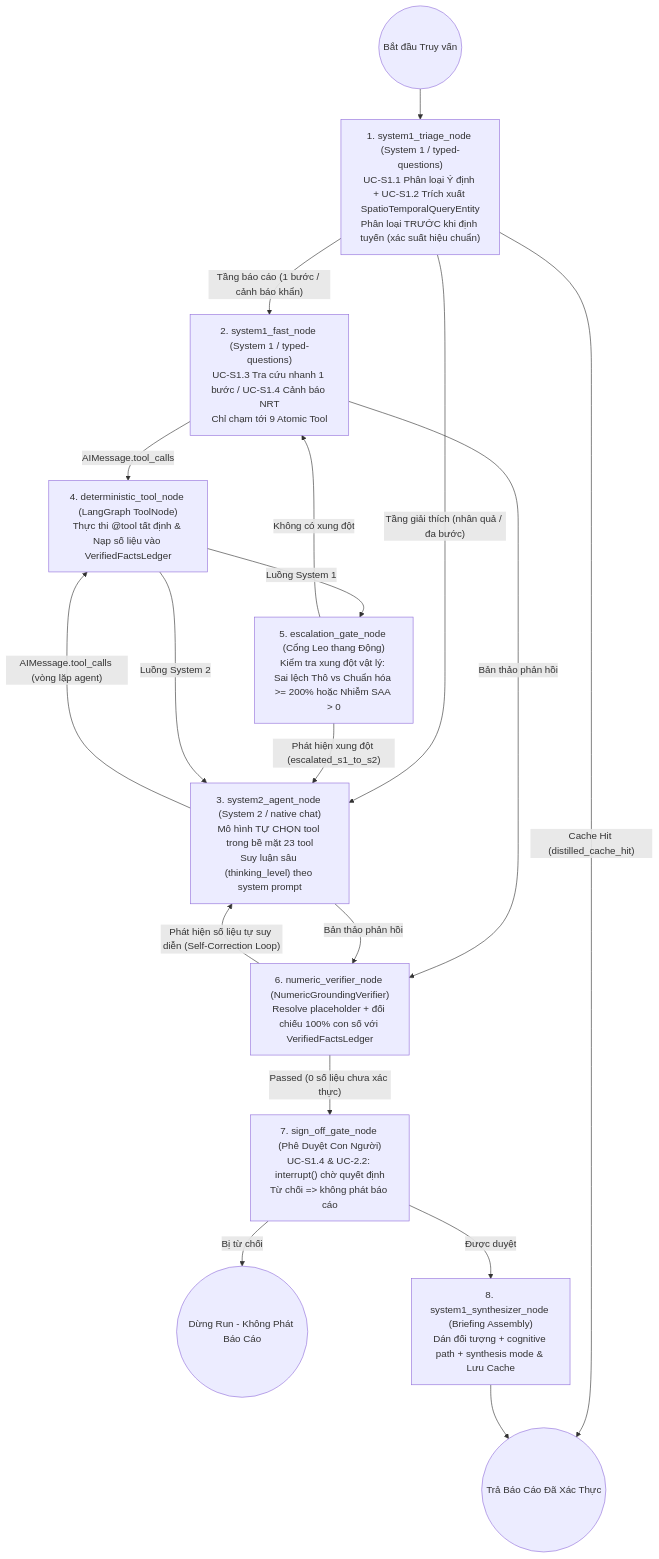
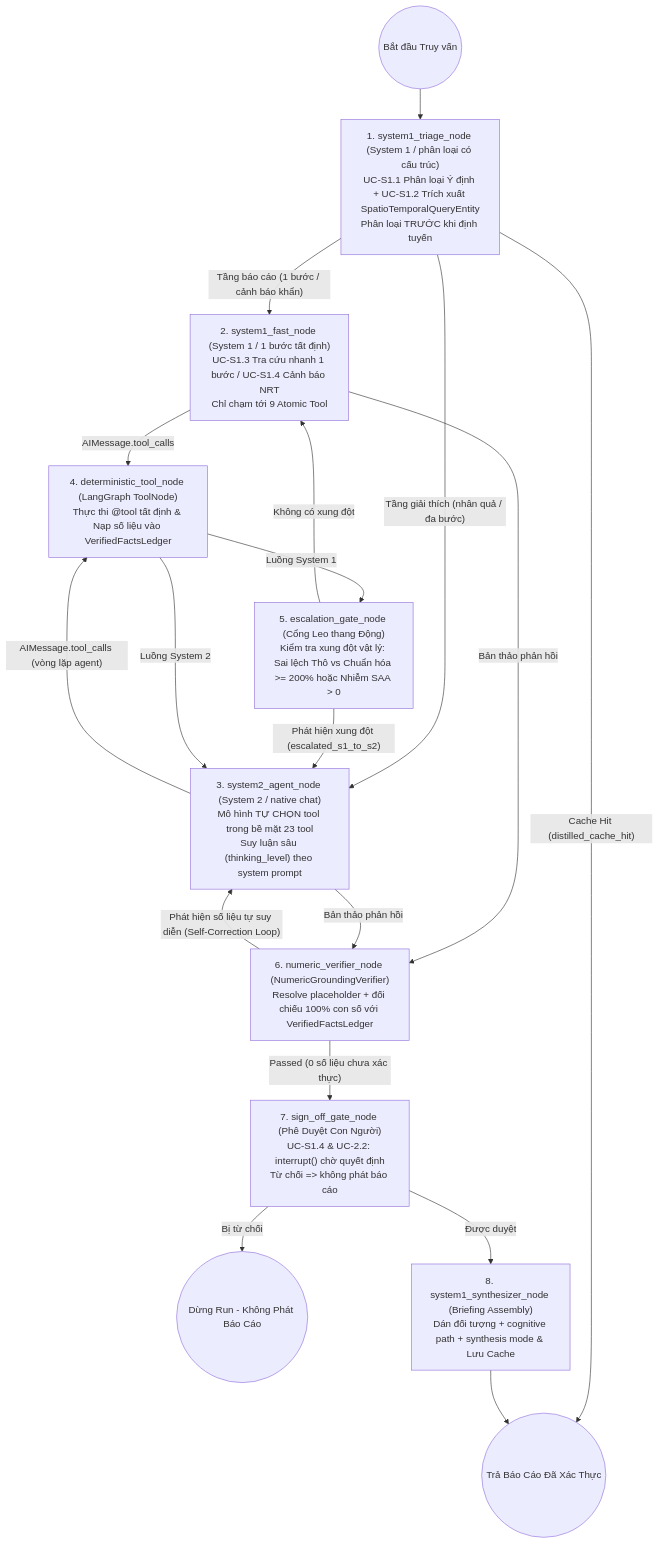
Before and after one commit to the-aris-club/flare-chronos: the third of 3 diagrams in exports/REPORT.md, drawn with Mermaid. The commit also changed other lines of this file and 10 other files, not shown here.

````diff
--- a/exports/REPORT.md
+++ b/exports/REPORT.md
@@ -426,24 +426,24 @@
 ```mermaid
 flowchart TB
-    START((Bắt đầu Truy vấn)) --> S1_TRIAGE["1. system1_triage_node (System 1 / typed-questions)<br/>UC-S1.1 Phân loại Ý định + UC-S1.2 Trích xuất SpatioTemporalQueryEntity<br/>Phân loại TRƯỚC khi định tuyến (xác suất hiệu chuẩn)"]
+    START((Bắt đầu Truy vấn)) --> S1_TRIAGE["1. system1_triage_node (System 1 / phân loại có cấu trúc)<br/>UC-S1.1 Phân loại Ý định + UC-S1.2 Trích xuất SpatioTemporalQueryEntity<br/>Phân loại TRƯỚC khi định tuyến"]
     S1_TRIAGE -->|"Cache Hit (distilled_cache_hit)"| END_NODE((Trả Báo Cáo Đã Xác Thực))
-    S1_TRIAGE -->|"Tầng báo cáo (1 bước / cảnh báo khẩn)"| S1_FAST["2. system1_fast_node (System 1 / typed-questions)<br/>UC-S1.3 Tra cứu nhanh 1 bước / UC-S1.4 Cảnh báo NRT<br/>Chỉ chạm tới 9 Atomic Tool"]
+    S1_TRIAGE -->|"Tầng báo cáo (1 bước / cảnh báo khẩn)"| S1_FAST["2. system1_fast_node (System 1 / 1 bước tất định)<br/>UC-S1.3 Tra cứu nhanh 1 bước / UC-S1.4 Cảnh báo NRT<br/>Chỉ chạm tới 9 Atomic Tool"]
     S1_TRIAGE -->|"Tầng giải thích (nhân quả / đa bước)"| S2_PLAN["3. system2_agent_node (System 2 / native chat)<br/>Mô hình TỰ CHỌN tool trong bề mặt 23 tool<br/>Suy luận sâu (thinking_level) theo system prompt"]
 
     S1_FAST -->|"AIMessage.tool_calls"| TOOL_NODE["4. deterministic_tool_node (LangGraph ToolNode)<br/>Thực thi @tool tất định & Nạp số liệu vào VerifiedFactsLedger"]
     S2_PLAN -->|"AIMessage.tool_calls (vòng lặp agent)"| TOOL_NODE
 
     TOOL_NODE -->|"Luồng System 1"| ESC_GATE["5. escalation_gate_node (Cổng Leo thang Động)<br/>Kiểm tra xung đột vật lý: Sai lệch Thô vs Chuẩn hóa >= 200% hoặc Nhiễm SAA > 0"]
     ESC_GATE -->|"Phát hiện xung đột (escalated_s1_to_s2)"| S2_PLAN
     ESC_GATE -->|"Không có xung đột"| S1_FAST
     TOOL_NODE -->|"Luồng System 2"| S2_PLAN
 
     S1_FAST -->|"Bản thảo phản hồi"| VERIFIER["6. numeric_verifier_node (NumericGroundingVerifier)<br/>Resolve placeholder + đối chiếu 100% con số với VerifiedFactsLedger"]
     S2_PLAN -->|"Bản thảo phản hồi"| VERIFIER
 
     VERIFIER -->|"Phát hiện số liệu tự suy diễn (Self-Correction Loop)"| S2_PLAN
     VERIFIER -->|"Passed (0 số liệu chưa xác thực)"| SIGN_GATE["7. sign_off_gate_node (Phê Duyệt Con Người)<br/>UC-S1.4 & UC-2.2: interrupt() chờ quyết định<br/>Từ chối => không phát báo cáo"]
     SIGN_GATE -->|"Bị từ chối"| END_DECLINED((Dừng Run - Không Phát Báo Cáo))
     SIGN_GATE -->|"Được duyệt"| S1_SYNTH["8. system1_synthesizer_node (Briefing Assembly)<br/>Dán đối tượng + cognitive path + synthesis mode & Lưu Cache"]
     S1_SYNTH --> END_NODE
 ```
````
